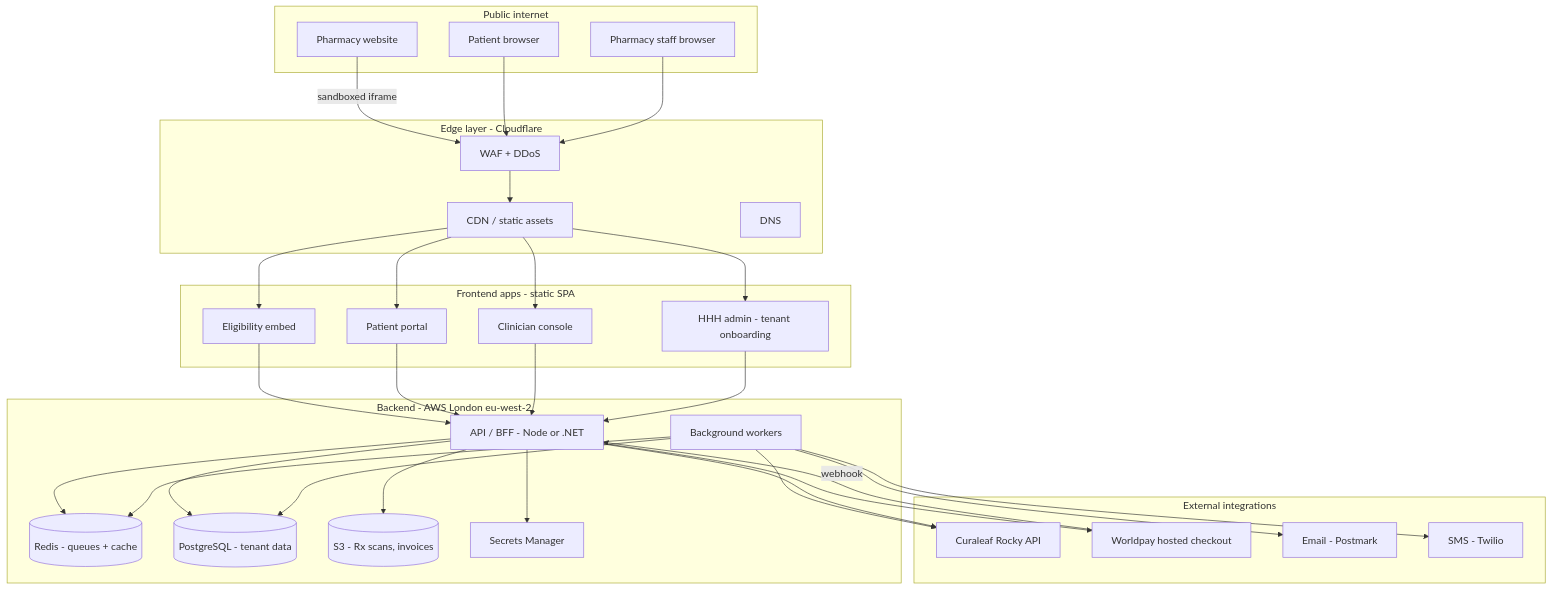
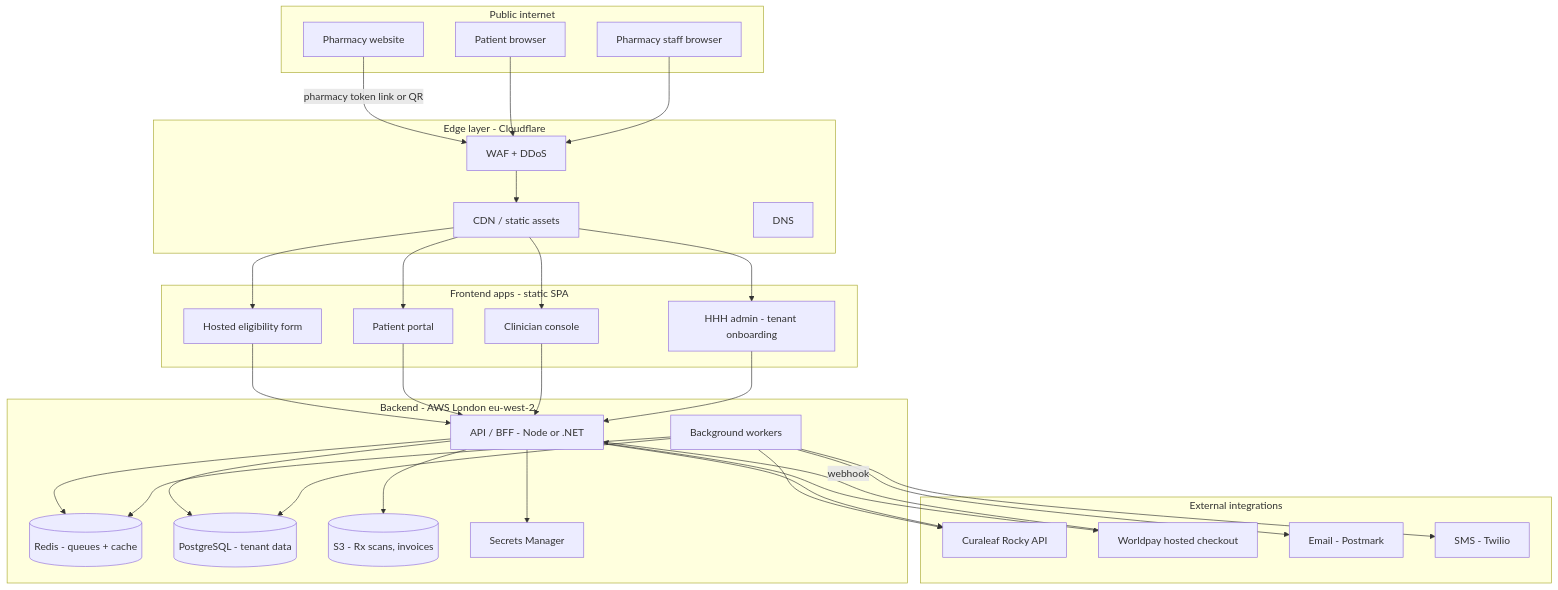
Before and after one commit to Healius-Consulting/HHH-Staging: the first of 3 diagrams in specs/production-architecture.md, drawn with Mermaid. The commit also changed other lines of this file and 53 other files, not shown here.

````diff
--- a/specs/production-architecture.md
+++ b/specs/production-architecture.md
@@ -59,64 +67,64 @@
 ```mermaid
 flowchart TB
     subgraph public [Public internet]
         PharmacySite[Pharmacy website]
         PatientBrowser[Patient browser]
         StaffBrowser[Pharmacy staff browser]
     end
 
     subgraph edge [Edge layer - Cloudflare]
         WAF[WAF + DDoS]
         CDN[CDN / static assets]
         DNS[DNS]
     end
 
     subgraph frontend [Frontend apps - static SPA]
-        EmbedApp[Eligibility embed]
+        EmbedApp[Hosted eligibility form]
         PatientApp[Patient portal]
         ClinicianApp[Clinician console]
         AdminApp[HHH admin - tenant onboarding]
     end
 
     subgraph backend [Backend - AWS London eu-west-2]
         API[API / BFF - Node or .NET]
         Worker[Background workers]
         Redis[(Redis - queues + cache)]
         Postgres[(PostgreSQL - tenant data)]
         S3[(S3 - Rx scans, invoices)]
         Secrets[Secrets Manager]
     end
 
     subgraph integrations [External integrations]
         Rocky[Curaleaf Rocky API]
         Worldpay[Worldpay hosted checkout]
         Postmark[Email - Postmark]
         Twilio[SMS - Twilio]
     end
 
-    PharmacySite -->|sandboxed iframe| WAF
+    PharmacySite -->|pharmacy token link or QR| WAF
     PatientBrowser --> WAF
     StaffBrowser --> WAF
     WAF --> CDN
     CDN --> EmbedApp
     CDN --> PatientApp
     CDN --> ClinicianApp
     CDN --> AdminApp
 
     EmbedApp --> API
     PatientApp --> API
     ClinicianApp --> API
     AdminApp --> API
 
     API --> Postgres
     API --> Redis
     API --> S3
     API --> Secrets
     Worker --> Redis
     Worker --> Postgres
     Worker --> Rocky
     Worker --> Postmark
     Worker --> Twilio
     API --> Worldpay
     Worldpay -->|webhook| API
     API --> Rocky
 ```
````
